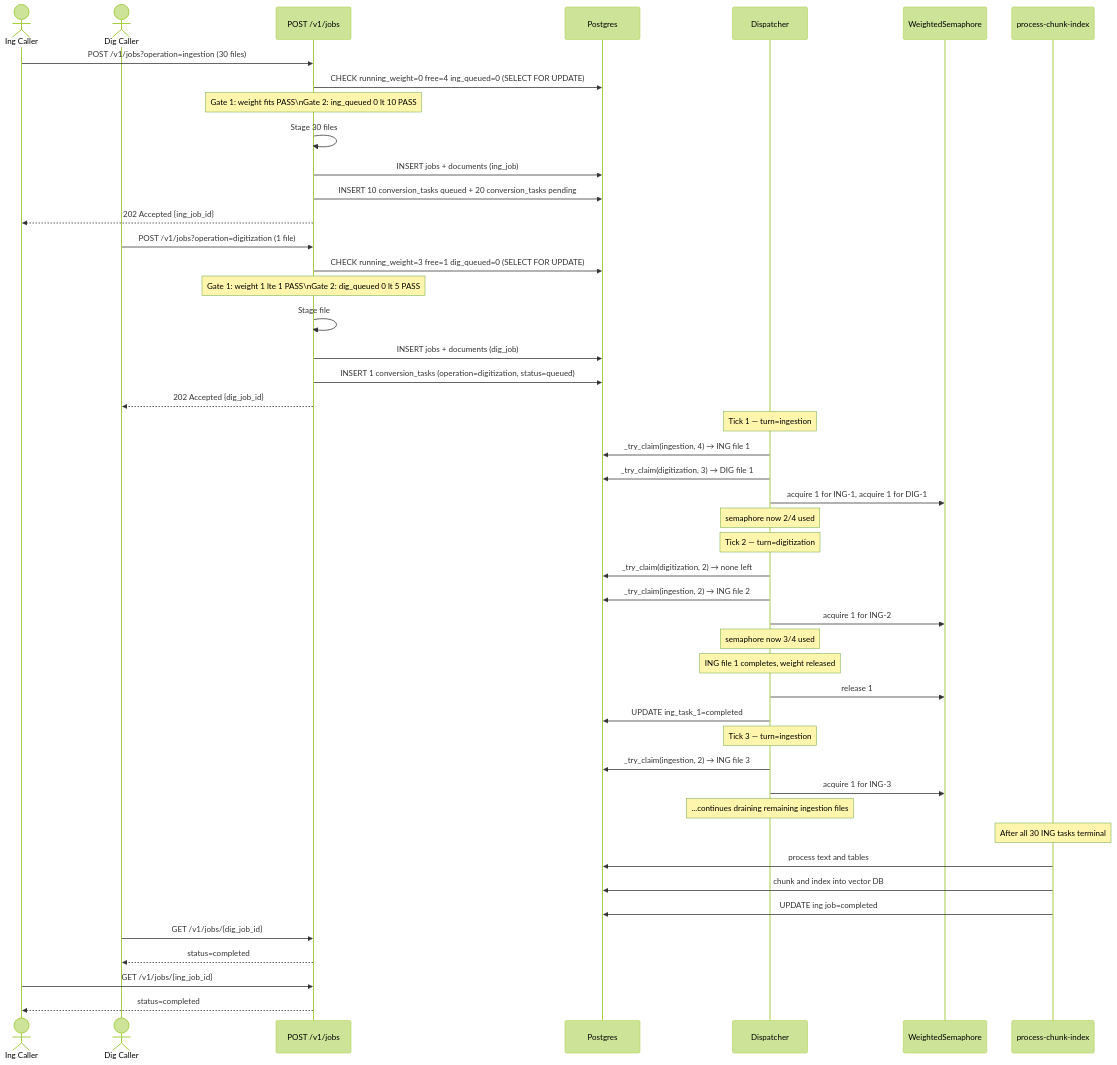
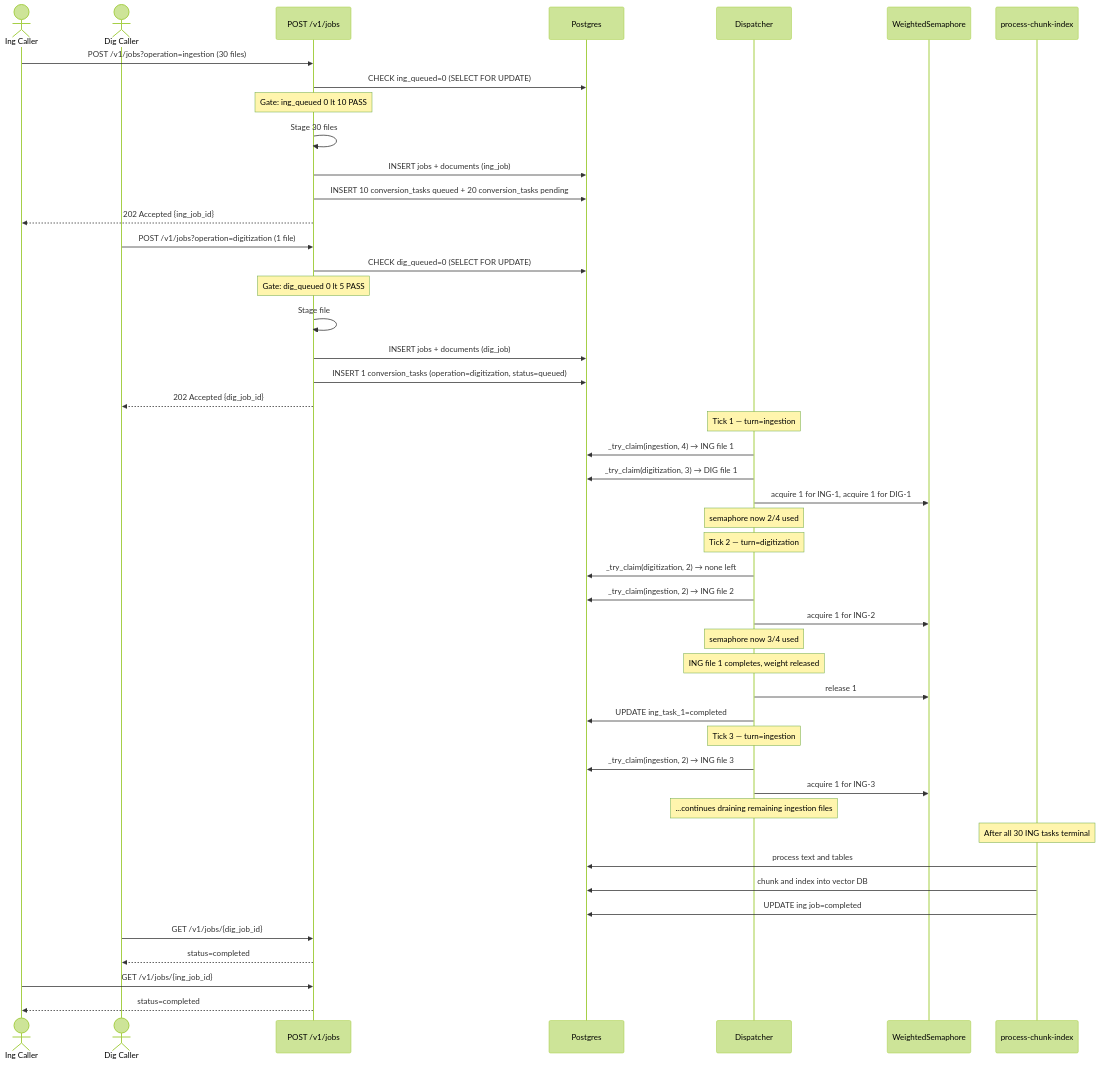
One commit to IBM/project-ai-services changed the third of 6 diagrams in docs/proposals/docling_conversion_queue.md. Above: the diagram before and after it, drawn with Mermaid (forest theme). The commit also changed other lines of this file, not shown here.

````diff
--- a/docs/proposals/docling_conversion_queue.md
+++ b/docs/proposals/docling_conversion_queue.md
@@ -841,57 +945,57 @@
 ```mermaid
 sequenceDiagram
     actor CI as Ing Caller
     actor CD as Dig Caller
     participant API as POST /v1/jobs
     participant DB as Postgres
     participant D as Dispatcher
     participant S as WeightedSemaphore
     participant P as process-chunk-index
 
     CI->>API: POST /v1/jobs?operation=ingestion (30 files)
-    API->>DB: CHECK running_weight=0 free=4  ing_queued=0 (SELECT FOR UPDATE)
-    Note over API: Gate 1: weight fits PASS\nGate 2: ing_queued 0 lt 10 PASS
+    API->>DB: CHECK ing_queued=0 (SELECT FOR UPDATE)
+    Note over API: Gate: ing_queued 0 lt 10 PASS
     API->>API: Stage 30 files
     API->>DB: INSERT jobs + documents (ing_job)
     API->>DB: INSERT 10 conversion_tasks queued + 20 conversion_tasks pending
     API-->>CI: 202 Accepted {ing_job_id}
 
     CD->>API: POST /v1/jobs?operation=digitization (1 file)
-    API->>DB: CHECK running_weight=3 free=1  dig_queued=0 (SELECT FOR UPDATE)
-    Note over API: Gate 1: weight 1 lte 1 PASS\nGate 2: dig_queued 0 lt 5 PASS
+    API->>DB: CHECK dig_queued=0 (SELECT FOR UPDATE)
+    Note over API: Gate: dig_queued 0 lt 5 PASS
     API->>API: Stage file
     API->>DB: INSERT jobs + documents (dig_job)
     API->>DB: INSERT 1 conversion_tasks (operation=digitization, status=queued)
     API-->>CD: 202 Accepted {dig_job_id}
 
     Note over D: Tick 1 — turn=ingestion
     D->>DB: _try_claim(ingestion, 4) → ING file 1
     D->>DB: _try_claim(digitization, 3) → DIG file 1
     D->>S: acquire 1 for ING-1, acquire 1 for DIG-1
     Note over D: semaphore now 2/4 used
 
     Note over D: Tick 2 — turn=digitization
     D->>DB: _try_claim(digitization, 2) → none left
     D->>DB: _try_claim(ingestion, 2) → ING file 2
     D->>S: acquire 1 for ING-2
     Note over D: semaphore now 3/4 used
 
     Note over D: ING file 1 completes, weight released
     D->>S: release 1
     D->>DB: UPDATE ing_task_1=completed
 
     Note over D: Tick 3 — turn=ingestion
     D->>DB: _try_claim(ingestion, 2) → ING file 3
     D->>S: acquire 1 for ING-3
     Note over D: ...continues draining remaining ingestion files
 
     Note over P: After all 30 ING tasks terminal
     P->>DB: process text and tables
     P->>DB: chunk and index into vector DB
     P->>DB: UPDATE ing job=completed
 
     CD->>API: GET /v1/jobs/{dig_job_id}
     API-->>CD: status=completed
     CI->>API: GET /v1/jobs/{ing_job_id}
     API-->>CI: status=completed
 ```
````
